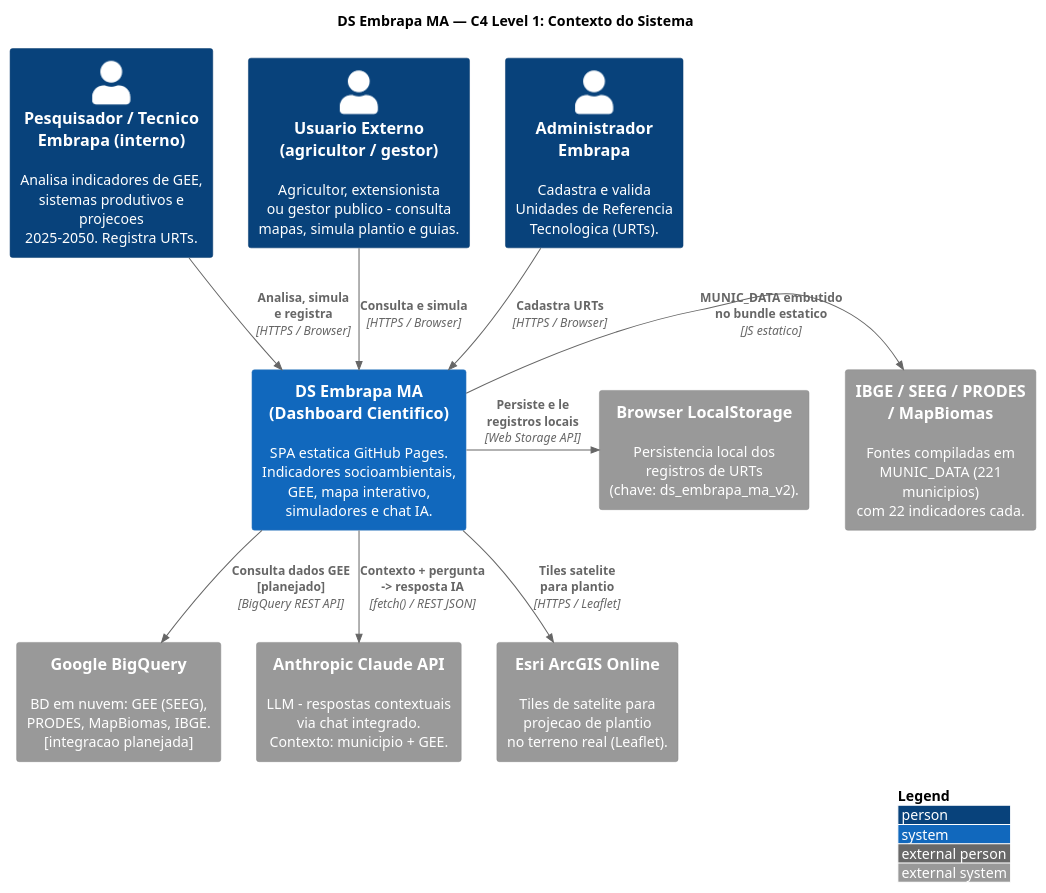
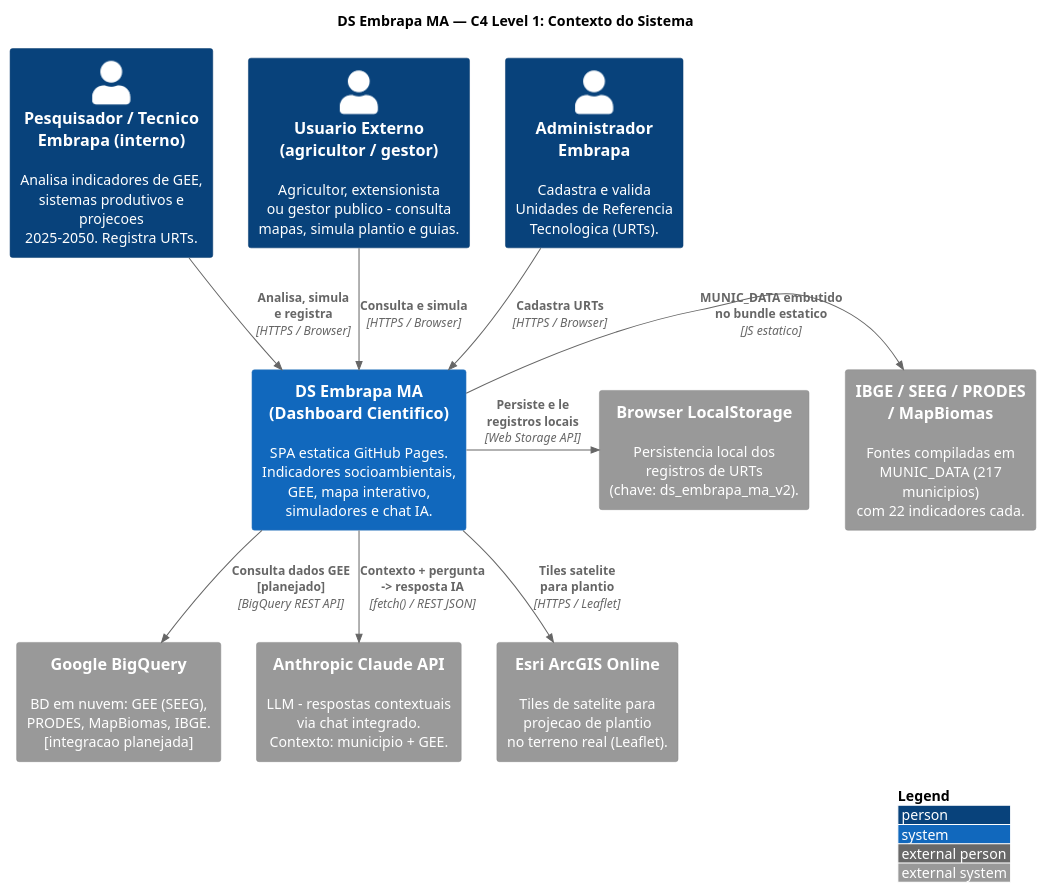
One commit to aluisiopereirae/ds-embrapa-ma changed the first of 11 diagrams in docs/architecture.puml. Above: the diagram before and after it, drawn with PlantUML. The commit also changed other lines of this file and 1 other file, not shown here.

```diff
--- a/docs/architecture.puml
+++ b/docs/architecture.puml
@@ -12,26 +12,26 @@
 @startuml C4_L1_Contexto_Sistema
 !include <C4/C4_Context.puml>
 LAYOUT_WITH_LEGEND()
 title "DS Embrapa MA — C4 Level 1: Contexto do Sistema"
 
 Person(usr_p, "Pesquisador / Tecnico\nEmbrapa (interno)", "Analisa indicadores de GEE,\nsistemas produtivos e projecoes\n2025-2050. Registra URTs.")
 Person(usr_e, "Usuario Externo\n(agricultor / gestor)", "Agricultor, extensionista\nou gestor publico - consulta\nmapas, simula plantio e guias.")
 Person(adm, "Administrador\nEmbrapa", "Cadastra e valida\nUnidades de Referencia\nTecnologica (URTs).")
 
 System(ds, "DS Embrapa MA\n(Dashboard Cientifico)", "SPA estatica GitHub Pages.\nIndicadores socioambientais,\nGEE, mapa interativo,\nsimuladores e chat IA.")
 
 System_Ext(bq, "Google BigQuery", "BD em nuvem: GEE (SEEG),\nPRODES, MapBiomas, IBGE.\n[integracao planejada]")
 System_Ext(claude, "Anthropic Claude API", "LLM - respostas contextuais\nvia chat integrado.\nContexto: municipio + GEE.")
 System_Ext(esri, "Esri ArcGIS Online", "Tiles de satelite para\nprojecao de plantio\nno terreno real (Leaflet).")
-System_Ext(ibge, "IBGE / SEEG / PRODES\n/ MapBiomas", "Fontes compiladas em\nMUNIC_DATA (221 municipios)\ncom 22 indicadores cada.")
+System_Ext(ibge, "IBGE / SEEG / PRODES\n/ MapBiomas", "Fontes compiladas em\nMUNIC_DATA (217 municipios)\ncom 22 indicadores cada.")
 System_Ext(ls, "Browser LocalStorage", "Persistencia local dos\nregistros de URTs\n(chave: ds_embrapa_ma_v2).")
 
 Rel(usr_p, ds, "Analisa, simula\ne registra", "HTTPS / Browser")
 Rel(usr_e, ds, "Consulta e simula", "HTTPS / Browser")
 Rel(adm, ds, "Cadastra URTs", "HTTPS / Browser")
 Rel_D(ds, bq, "Consulta dados GEE\n[planejado]", "BigQuery REST API")
 Rel_D(ds, claude, "Contexto + pergunta\n-> resposta IA", "fetch() / REST JSON")
 Rel_D(ds, esri, "Tiles satelite\npara plantio", "HTTPS / Leaflet")
 Rel_R(ds, ibge, "MUNIC_DATA embutido\nno bundle estatico", "JS estatico")
 Rel_R(ds, ls, "Persiste e le\nregistros locais", "Web Storage API")
 @enduml
```
